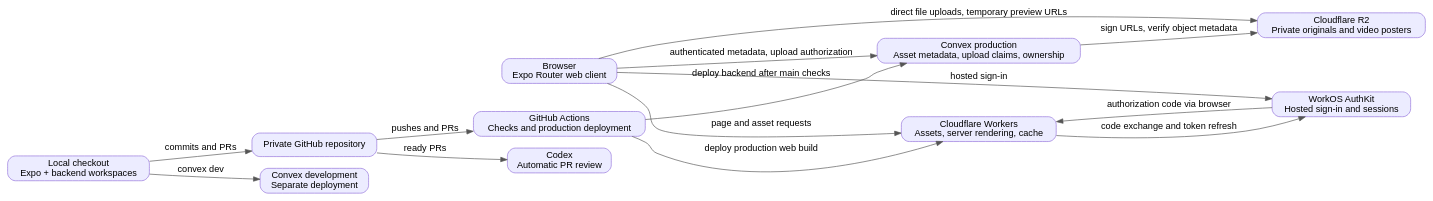
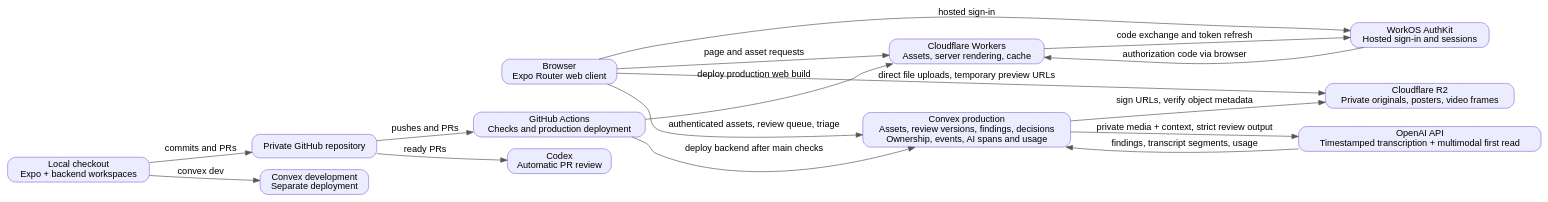
The diagram in docs/architecture.dot (pbanuru/clearpath_compliance_marketing), drawn with Graphviz before and after one commit. The commit also changed 29 other files, not shown here.

Commit message:
Add multimodal AI review pipeline with traced usage and resubmission rechecks

```diff
--- a/docs/architecture.dot
+++ b/docs/architecture.dot
@@ -1,28 +1,31 @@
 digraph clearpath {
   rankdir=LR; compound=true; bgcolor="white"; fontname="Helvetica";
   node [shape=box, style="rounded,filled", fillcolor="#ECECFF", color="#9370DB", fontname="Helvetica"];
   edge [fontname="Helvetica", color="#555555"];
   browser [label="Browser\nExpo Router web client"];
   cloudflare [label="Cloudflare Workers\nAssets, server rendering, cache"];
-  convex [label="Convex production\nAsset metadata, upload claims, ownership"];
-  r2 [label="Cloudflare R2\nPrivate originals and video posters"];
+  convex [label="Convex production\nAssets, review versions, findings, decisions\nOwnership, events, AI spans and usage"];
+  r2 [label="Cloudflare R2\nPrivate originals, posters, video frames"];
+  openai [label="OpenAI API\nTimestamped transcription + multimodal first read"];
   dev [label="Convex development\nSeparate deployment"];
   local [label="Local checkout\nExpo + backend workspaces"];
   github [label="Private GitHub repository"];
   ci [label="GitHub Actions\nChecks and production deployment"];
   codex [label="Codex\nAutomatic PR review"];
   workos [label="WorkOS AuthKit\nHosted sign-in and sessions"];
   browser -> cloudflare [label="page and asset requests"];
-  browser -> convex [label="authenticated metadata, upload authorization"];
+  browser -> convex [label="authenticated assets, review queue, triage"];
   browser -> r2 [label="direct file uploads, temporary preview URLs"];
   convex -> r2 [label="sign URLs, verify object metadata"];
+  convex -> openai [label="private media + context, strict review output"];
+  openai -> convex [label="findings, transcript segments, usage"];
   browser -> workos [label="hosted sign-in"];
   workos -> cloudflare [label="authorization code via browser"];
   cloudflare -> workos [label="code exchange and token refresh"];
   local -> dev [label="convex dev"];
   ci -> convex [label="deploy backend after main checks"];
   ci -> cloudflare [label="deploy production web build"];
   local -> github [label="commits and PRs"];
   github -> ci [label="pushes and PRs"];
   github -> codex [label="ready PRs"];
 }
```
